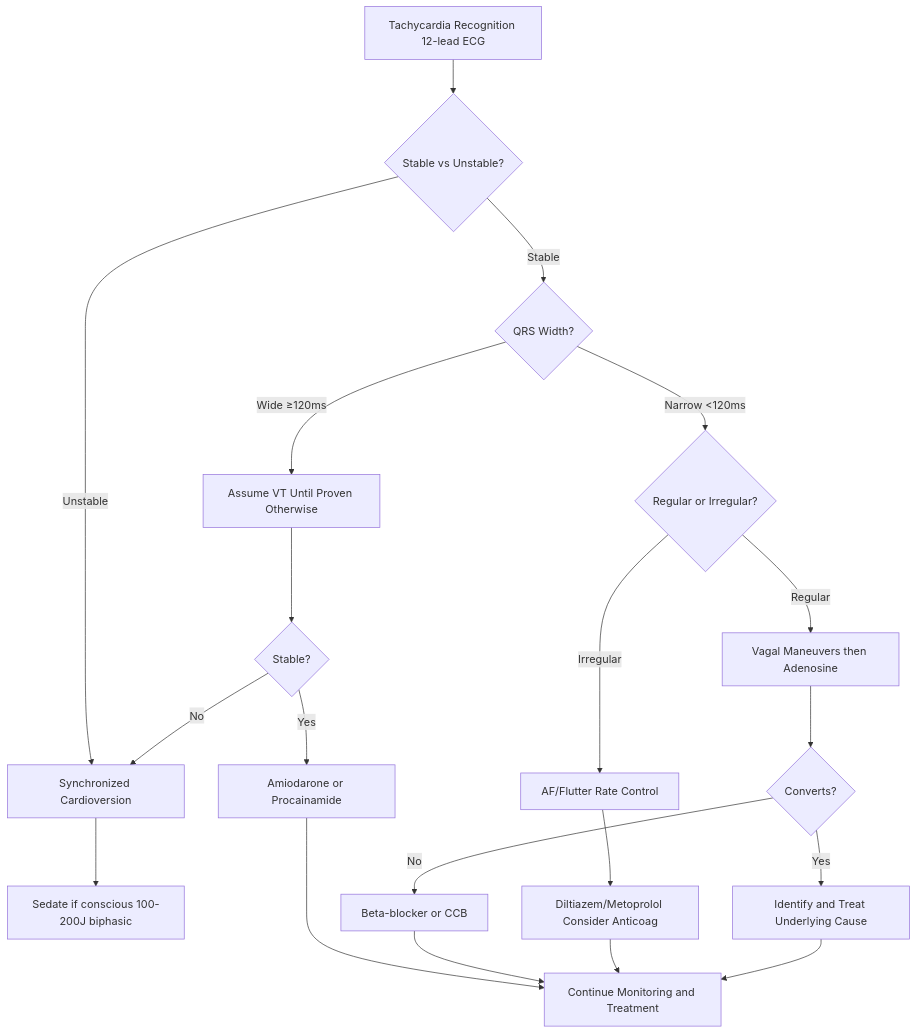
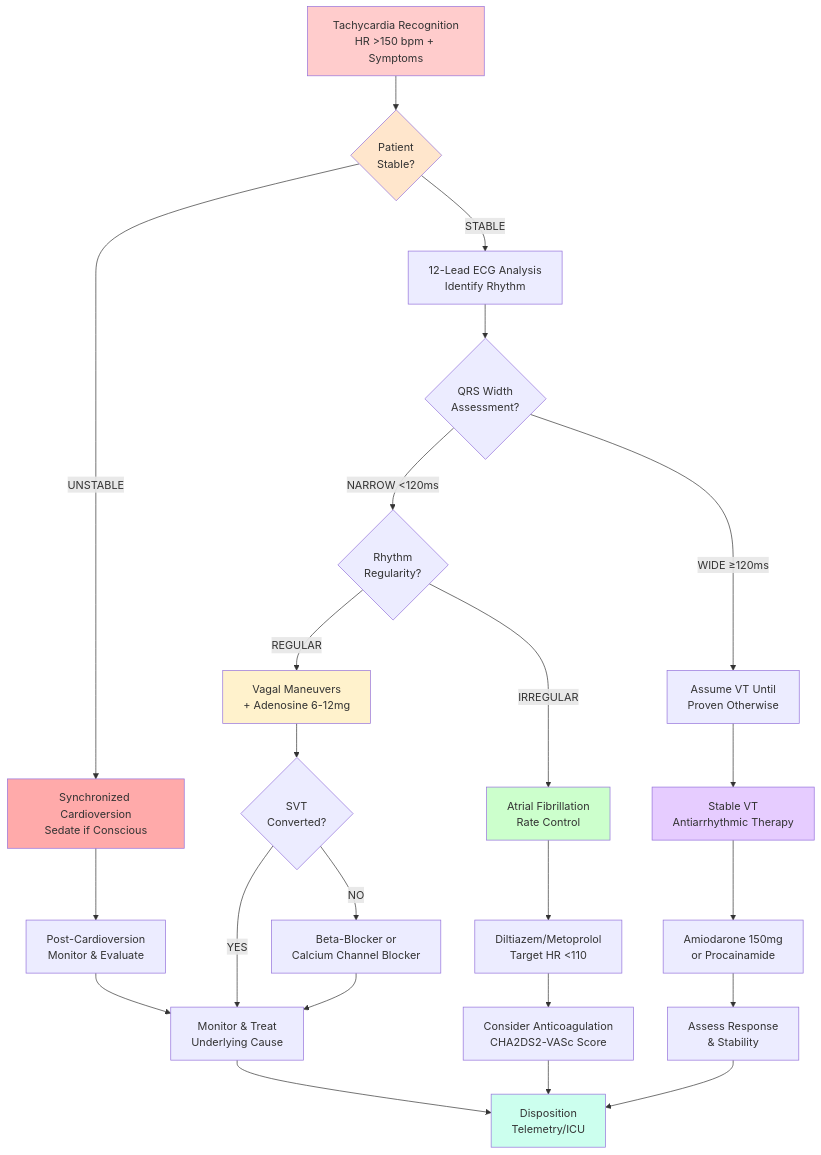
The diagram in Assets/RapidResponseCentralDocumentationVault/Protocols/RRTs/Tachycardia.md (bhavenmurji/RapidResponseCentral), drawn with Mermaid before and after one commit. The commit also changed other lines of this file and 6438 other files, not shown here.

````diff
--- a/Assets/RapidResponseCentralDocumentationVault/Protocols/RRTs/Tachycardia.md
+++ b/Assets/RapidResponseCentralDocumentationVault/Protocols/RRTs/Tachycardia.md
@@ -116,39 +11,42 @@
-```mermaid
+~~~mermaid
 graph TD
-    A[Tachycardia Recognition 12-lead ECG]
-    B{Stable vs Unstable?}
-    C[Synchronized Cardioversion]
-    D{QRS Width?}
-    E[Sedate if conscious 100-200J biphasic]
-    F{Regular or Irregular?}
-    G[Assume VT Until Proven Otherwise]
-    H[Vagal Maneuvers then Adenosine]
-    I[AF/Flutter Rate Control]
-    J{Stable?}
-    K[Amiodarone or Procainamide]
-    L{Converts?}
-    M[Identify and Treat Underlying Cause]
-    N[Beta-blocker or CCB]
-    O[Diltiazem/Metoprolol Consider Anticoag]
-    P[Continue Monitoring and Treatment]
-
-    A --> B
-    B -- Unstable --> C
-    B -- Stable --> D
-    C --> E
-    D -- "Narrow <120ms" --> F
-    D -- "Wide ≥120ms" --> G
-    F -- Regular --> H
-    F -- Irregular --> I
-    G --> J
-    J -- Yes --> K
-    J -- No --> C
-    H --> L
-    L -- Yes --> M
-    L -- No --> N
-    I --> O
-    K --> P
-    N --> P
-    O --> P
-    M --> P
-```
+    A["Tachycardia Recognition<br/>HR >150 bpm + Symptoms"] --> B{"Patient<br/>Stable?"}
+    
+    B -->|UNSTABLE| C["Synchronized Cardioversion<br/>Sedate if Conscious"]
+    B -->|STABLE| D["12-Lead ECG Analysis<br/>Identify Rhythm"]
+    
+    C --> E["Post-Cardioversion<br/>Monitor & Evaluate"]
+    D --> F{"QRS Width<br/>Assessment?"}
+    
+    F -->|"NARROW <120ms"| G{"Rhythm<br/>Regularity?"}
+    F -->|"WIDE ≥120ms"| H["Assume VT Until<br/>Proven Otherwise"]
+    
+    G -->|REGULAR| I["Vagal Maneuvers<br/>+ Adenosine 6-12mg"]
+    G -->|IRREGULAR| J["Atrial Fibrillation<br/>Rate Control"]
+    
+    H --> K["Stable VT<br/>Antiarrhythmic Therapy"]
+    
+    I --> L{"SVT<br/>Converted?"}
+    J --> M["Diltiazem/Metoprolol<br/>Target HR <110"]
+    K --> N["Amiodarone 150mg<br/>or Procainamide"]
+    
+    L -->|YES| O["Monitor & Treat<br/>Underlying Cause"]
+    L -->|NO| P["Beta-Blocker or<br/>Calcium Channel Blocker"]
+    
+    M --> Q["Consider Anticoagulation<br/>CHA2DS2-VASc Score"]
+    N --> R["Assess Response<br/>& Stability"]
+    P --> O
+    
+    E --> O
+    O --> S["Disposition<br/>Telemetry/ICU"]
+    Q --> S
+    R --> S
+    
+    style A fill:#ffcccc
+    style B fill:#ffe6cc
+    style C fill:#ffaaaa
+    style I fill:#fff2cc
+    style J fill:#ccffcc
+    style K fill:#e6ccff
+    style S fill:#ccffee
+~~~
````
